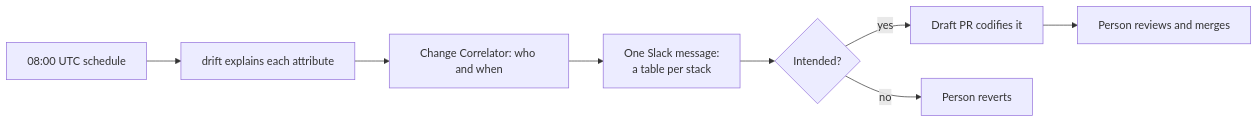
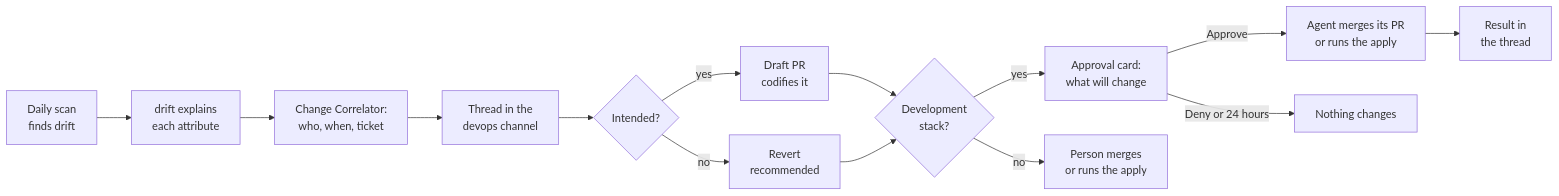
The diagram in _posts/projects/platform-wardens/2026-11-09-04-user-experience-and-design.md (cloudutsukpilot/sakharams.github.io), drawn with Mermaid before and after one commit. The commit also changed other lines of this file and 23 other files, not shown here.

First line of the commit message:
Platform Wardens playbook: repo per agent, level 2 approvals, releases, ADRs to 0049 (#153)

````diff
--- a/_posts/projects/platform-wardens/2026-11-09-04-user-experience-and-design.md
+++ b/_posts/projects/platform-wardens/2026-11-09-04-user-experience-and-design.md
@@ -46,10 +47,16 @@
 ```mermaid
 flowchart LR
-    S[08:00 UTC schedule] --> D[drift explains each attribute]
-    D --> C[Change Correlator: who and when]
-    C --> M[One Slack message:<br/>a table per stack]
-    M --> P{Intended?}
-    P -->|yes| PR[Draft PR codifies it]
-    P -->|no| RV[Person reverts]
-    PR --> MG[Person reviews and merges]
+    S[Daily scan<br/>finds drift] --> D[drift explains<br/>each attribute]
+    D --> C[Change Correlator:<br/>who, when, ticket]
+    C --> T[Thread in the<br/>devops channel]
+    T --> P{Intended?}
+    P -->|yes| PR[Draft PR<br/>codifies it]
+    P -->|no| RV[Revert<br/>recommended]
+    PR --> E{Development<br/>stack?}
+    RV --> E
+    E -->|yes| A[Approval card:<br/>what will change]
+    A -->|Approve| X[Agent merges its PR<br/>or runs the apply]
+    A -->|Deny or 24 hours| N[Nothing changes]
+    X --> R[Result in<br/>the thread]
+    E -->|no| H[Person merges<br/>or runs the apply]
 ```
````
